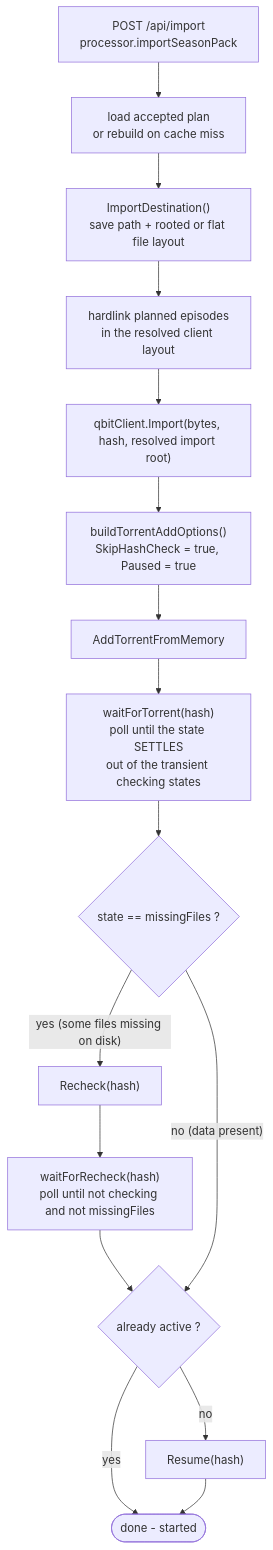
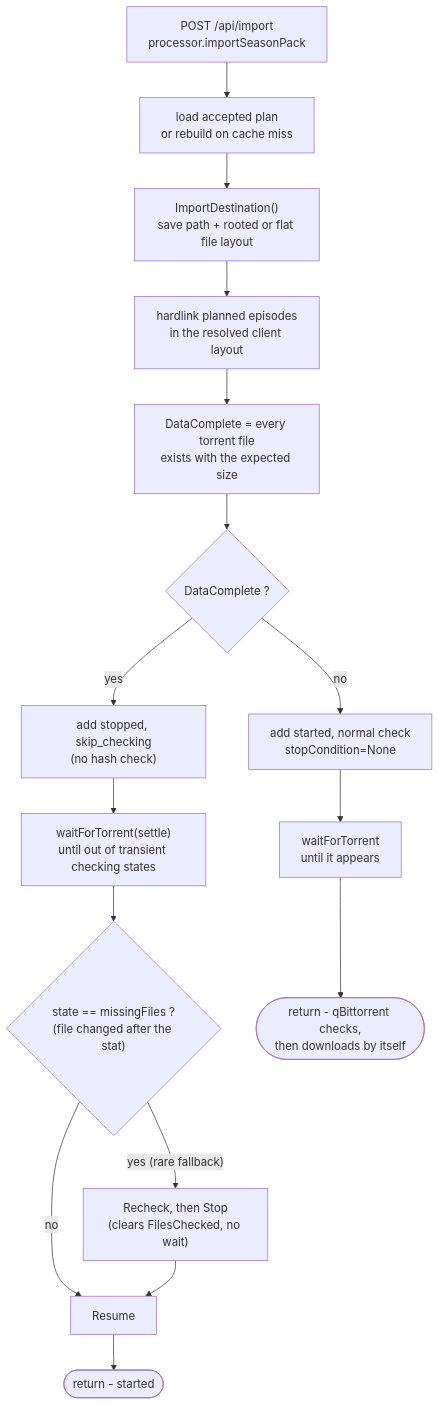
Before and after one commit to nuxencs/seasonpackarr: the diagram in docs/design-docs/qbittorrent-import-flow.md, drawn with Mermaid. The commit also changed other lines of this file and 23 other files, not shown here.

First line of the commit message:
fix(import): let the torrent client own the data check (#266)

````diff
--- a/docs/design-docs/qbittorrent-import-flow.md
+++ b/docs/design-docs/qbittorrent-import-flow.md
@@ -21,19 +39,18 @@
 ```mermaid
 flowchart TD
     A["POST /api/import<br/>processor.importSeasonPack"] --> B["load accepted plan<br/>or rebuild on cache miss"]
     B --> C["ImportDestination()<br/>save path + rooted or flat file layout"]
     C --> D["hardlink planned episodes<br/>in the resolved client layout"]
-    D --> E["qbitClient.Import(bytes, hash, resolved import root)"]
-
-    E --> F["buildTorrentAddOptions()<br/>SkipHashCheck = true, Paused = true"]
-    F --> G["AddTorrentFromMemory"]
-    G --> H["waitForTorrent(hash)<br/>poll until the state SETTLES<br/>out of the transient checking states"]
-    H --> I{"state == missingFiles ?"}
-    I -- "yes (some files missing on disk)" --> J["Recheck(hash)"]
-    J --> K["waitForRecheck(hash)<br/>poll until not checking and not missingFiles"]
-    K --> L{"already active ?"}
-    I -- "no (data present)" --> L
-    L -- "yes" --> M(["done - started"])
-    L -- "no" --> N["Resume(hash)"]
-    N --> M
+    D --> E["DataComplete = every torrent file<br/>exists with the expected size"]
+    E --> F{"DataComplete ?"}
+    F -- "yes" --> G["add stopped, skip_checking<br/>(no hash check)"]
+    G --> H["waitForTorrent(settle)<br/>until out of transient checking states"]
+    H --> I{"state == missingFiles ?<br/>(file changed after the stat)"}
+    I -- "yes (rare fallback)" --> J["Recheck, then Stop<br/>(clears FilesChecked, no wait)"]
+    I -- "no" --> K["Resume"]
+    J --> K
+    F -- "no" --> L["add started, normal check<br/>stopCondition=None"]
+    L --> M["waitForTorrent<br/>until it appears"]
+    M --> N(["return - qBittorrent checks,<br/>then downloads by itself"])
+    K --> O(["return - started"])
 ```
````
